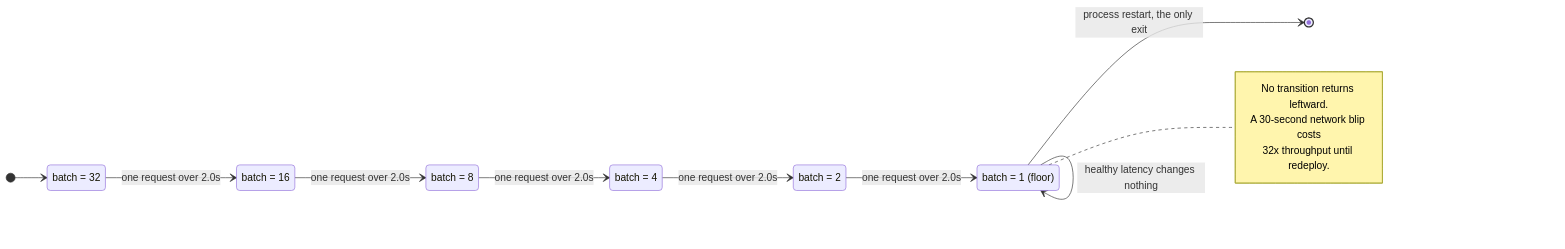
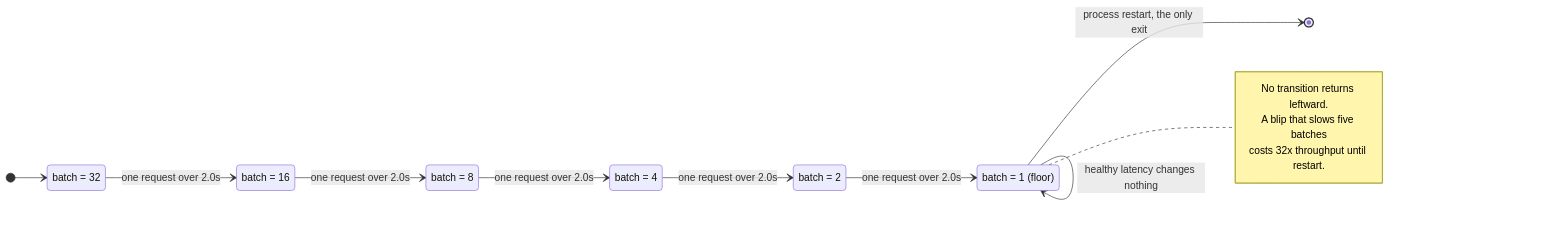
One commit to dan-petty/vibes changed the first of 2 diagrams in observations/devops-cli/20-model-failover-capability-cliffs-and-one-way-degradation-ratchets.md. Above: the diagram before and after it, drawn with Mermaid. The commit also changed other lines of this file and 248 other files, not shown here.

````diff
--- a/observations/devops-cli/20-model-failover-capability-cliffs-and-one-way-degradation-ratchets.md
+++ b/observations/devops-cli/20-model-failover-capability-cliffs-and-one-way-degradation-ratchets.md
@@ -29,25 +29,25 @@
 ```mermaid
 stateDiagram-v2
     direction LR
     [*] --> B32
     B32: batch = 32
     B16: batch = 16
     B8: batch = 8
     B4: batch = 4
     B2: batch = 2
     B1: batch = 1 (floor)
 
     B32 --> B16: one request over 2.0s
     B16 --> B8: one request over 2.0s
     B8 --> B4: one request over 2.0s
     B4 --> B2: one request over 2.0s
     B2 --> B1: one request over 2.0s
     B1 --> B1: healthy latency changes nothing
     B1 --> [*]: process restart, the only exit
 
     note right of B1
         No transition returns leftward.
-        A 30-second network blip costs
-        32x throughput until redeploy.
+        A blip that slows five batches
+        costs 32x throughput until restart.
     end note
 ```
````
